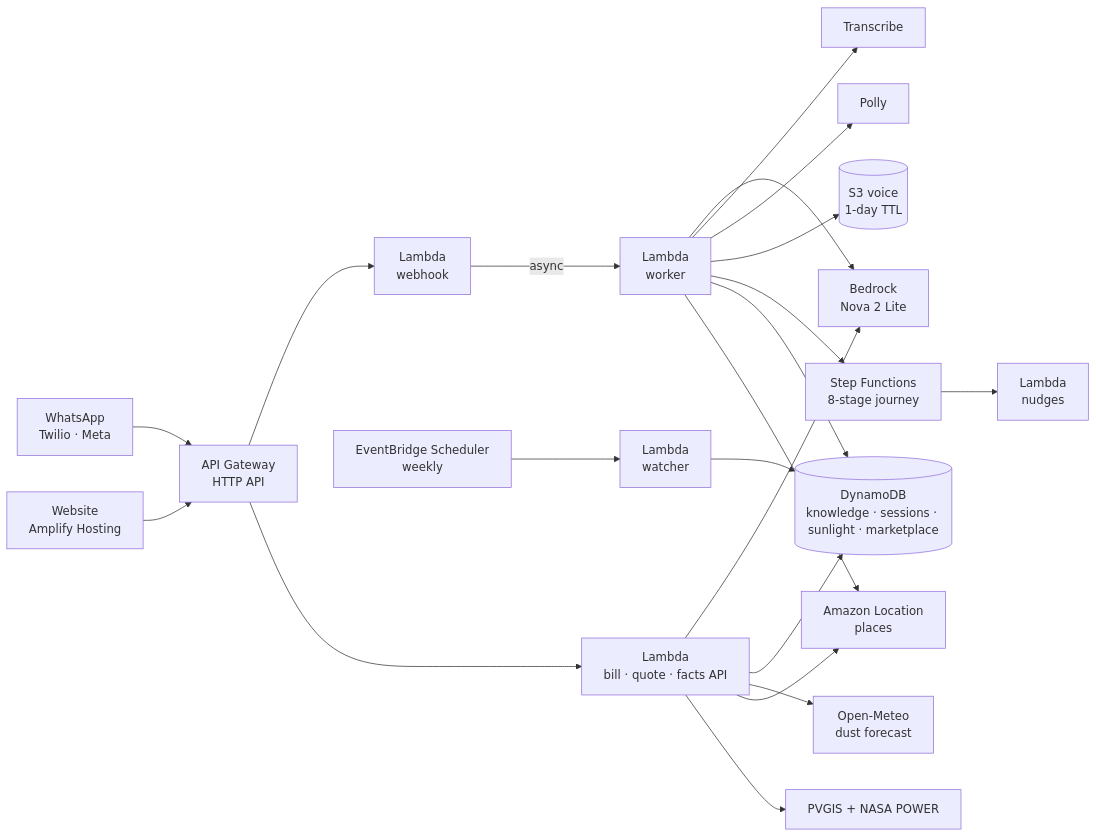
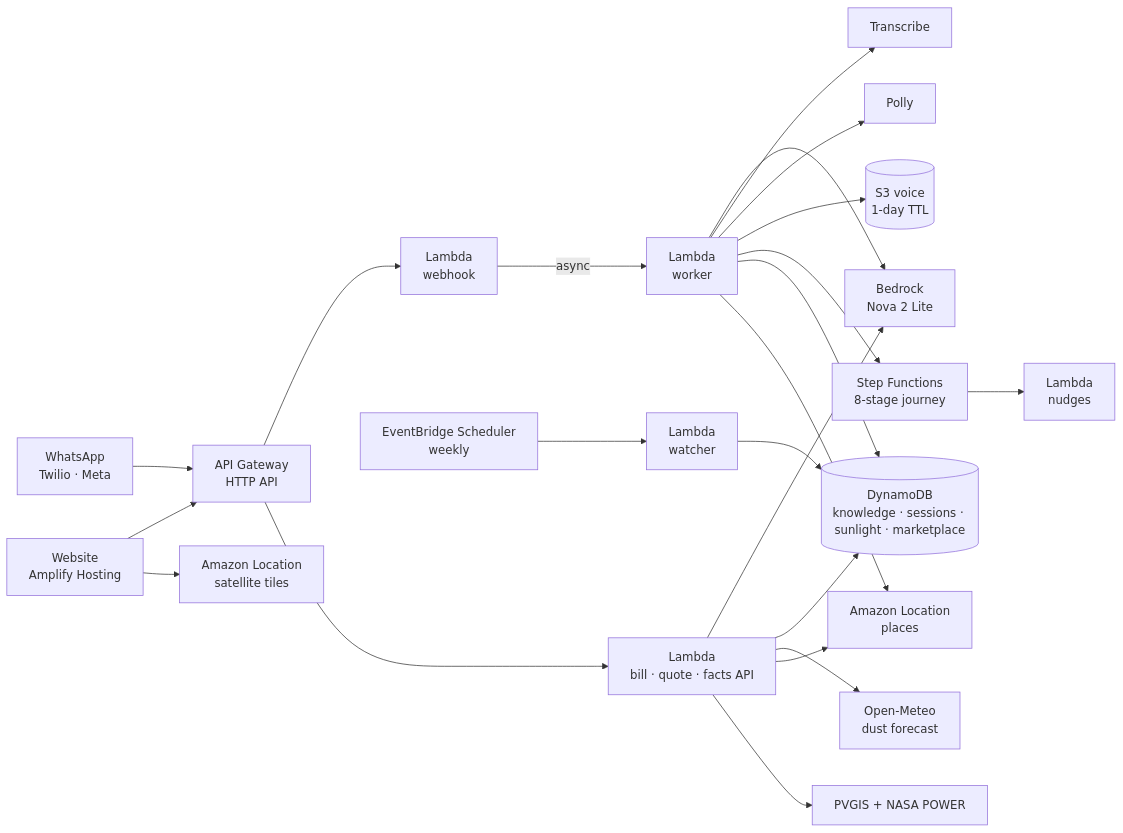
One commit to piyushk-dev/roshni changed the diagram in README.md. Above: the diagram before and after it, drawn with Mermaid. The commit also changed other lines of this file and 14 other files, not shown here.

First line of the commit message:
Measure your roof on Amazon Location's satellite map

````diff
--- a/README.md
+++ b/README.md
@@ -49,16 +49,17 @@
 ```mermaid
 flowchart LR
   WA[WhatsApp<br/>Twilio · Meta] --> GW[API Gateway<br/>HTTP API]
   WEB[Website<br/>Amplify Hosting] --> GW
   GW --> HOOK[Lambda<br/>webhook] -->|async| WORK[Lambda<br/>worker]
   GW --> API[Lambda<br/>bill · quote · facts API]
   WORK --> BR[Bedrock<br/>Nova 2 Lite]
   API --> BR
   WORK --> TR[Transcribe] & PO[Polly] & S3[(S3 voice<br/>1-day TTL)]
   WORK --> SF[Step Functions<br/>8-stage journey] --> JL[Lambda<br/>nudges]
   WORK & API --> DDB[(DynamoDB<br/>knowledge · sessions · sunlight · marketplace)]
   API --> AQ[Open-Meteo<br/>dust forecast]
   WORK & API --> LOC[Amazon Location<br/>places]
+  WEB --> TILES[Amazon Location<br/>satellite tiles]
   SCH[EventBridge Scheduler<br/>weekly] --> WATCH[Lambda<br/>watcher] --> DDB
   API --> SUN[PVGIS + NASA POWER]
 ```
````
